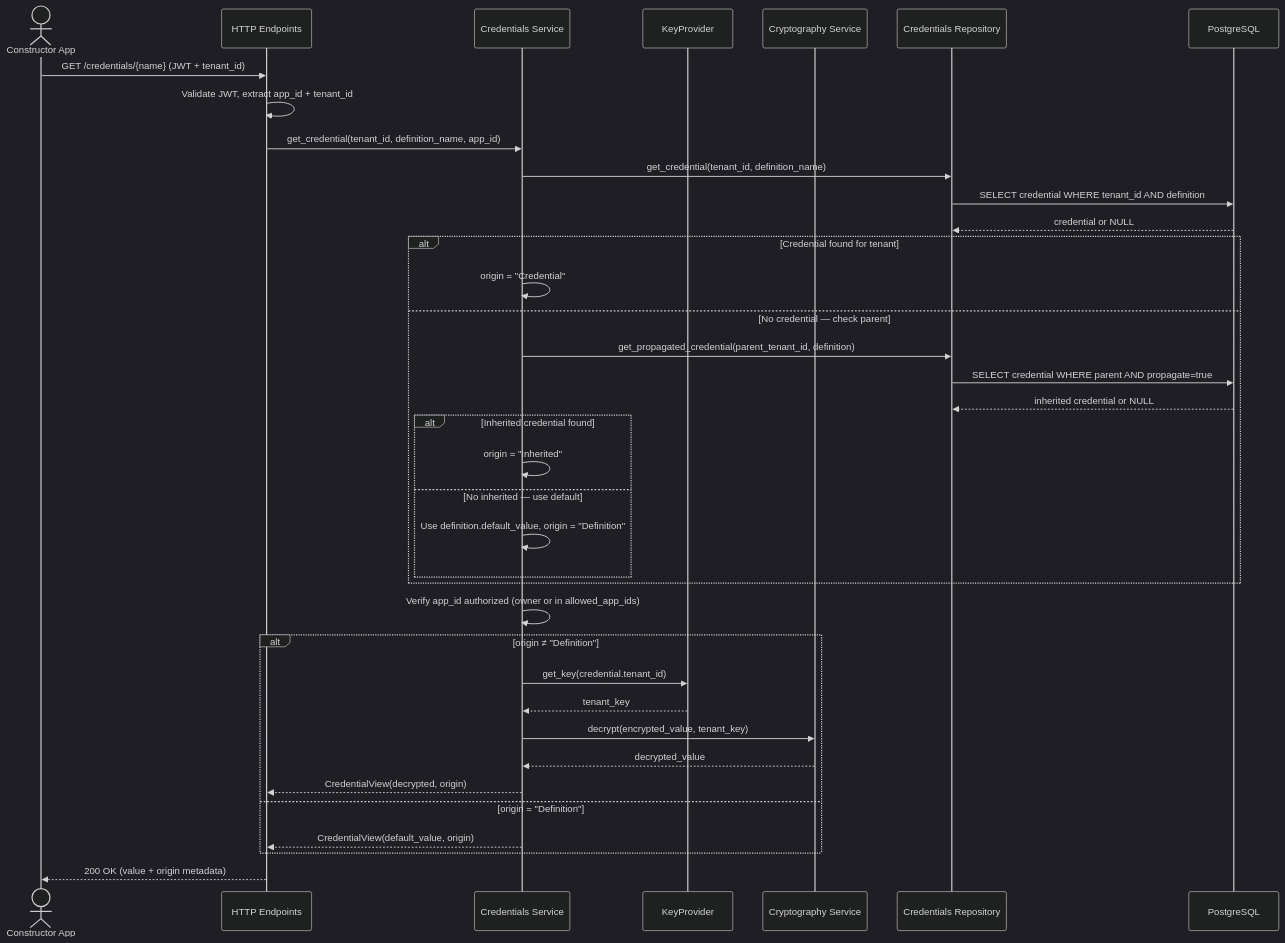
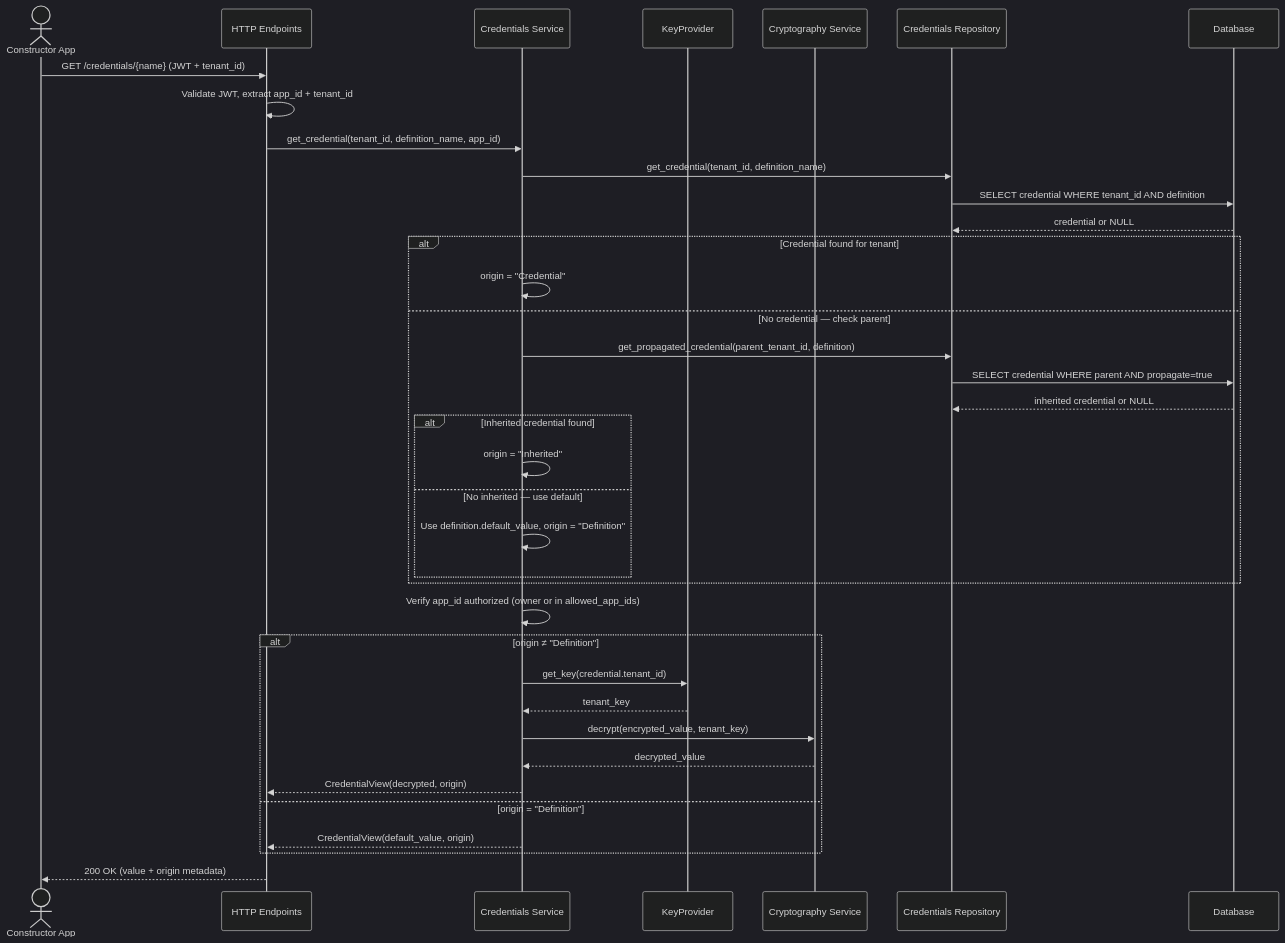
One commit to nullhypothesic/cyberfabric-core changed the third of 4 diagrams in modules/credstore/plugins/credentials-storage/DESIGN.md. Above: the diagram before and after it, drawn with Mermaid (dark theme). The commit also changed other lines of this file, not shown here.

````diff
--- a/modules/credstore/plugins/credentials-storage/DESIGN.md
+++ b/modules/credstore/plugins/credentials-storage/DESIGN.md
@@ -526,43 +527,43 @@
 ```mermaid
 sequenceDiagram
     actor App as Constructor App
     participant API as HTTP Endpoints
     participant Svc as Credentials Service
     participant KP as KeyProvider
     participant Crypto as Cryptography Service
     participant Repo as Credentials Repository
-    participant DB as PostgreSQL
+    participant DB as Database
 
     App->>API: GET /credentials/{name} (JWT + tenant_id)
     API->>API: Validate JWT, extract app_id + tenant_id
     API->>Svc: get_credential(tenant_id, definition_name, app_id)
     Svc->>Repo: get_credential(tenant_id, definition_name)
     Repo->>DB: SELECT credential WHERE tenant_id AND definition
     DB-->>Repo: credential or NULL
 
     alt Credential found for tenant
         Svc->>Svc: origin = "Credential"
     else No credential — check parent
         Svc->>Repo: get_propagated_credential(parent_tenant_id, definition)
         Repo->>DB: SELECT credential WHERE parent AND propagate=true
         DB-->>Repo: inherited credential or NULL
         alt Inherited credential found
             Svc->>Svc: origin = "Inherited"
         else No inherited — use default
             Svc->>Svc: Use definition.default_value, origin = "Definition"
         end
     end
 
     Svc->>Svc: Verify app_id authorized (owner or in allowed_app_ids)
 
     alt origin ≠ "Definition"
         Svc->>KP: get_key(credential.tenant_id)
         KP-->>Svc: tenant_key
         Svc->>Crypto: decrypt(encrypted_value, tenant_key)
         Crypto-->>Svc: decrypted_value
         Svc-->>API: CredentialView(decrypted, origin)
     else origin = "Definition"
         Svc-->>API: CredentialView(default_value, origin)
     end
     API-->>App: 200 OK (value + origin metadata)
 ```
````
